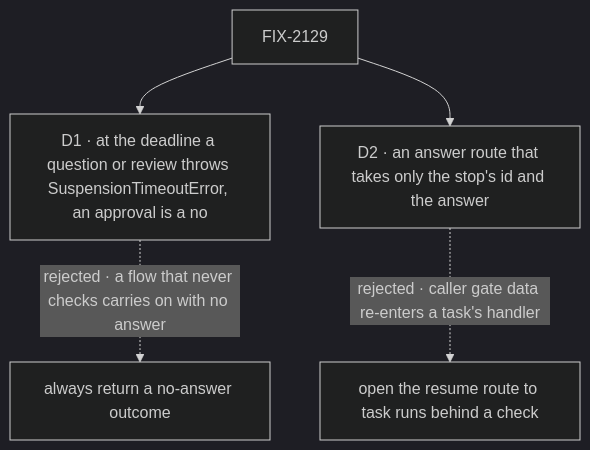
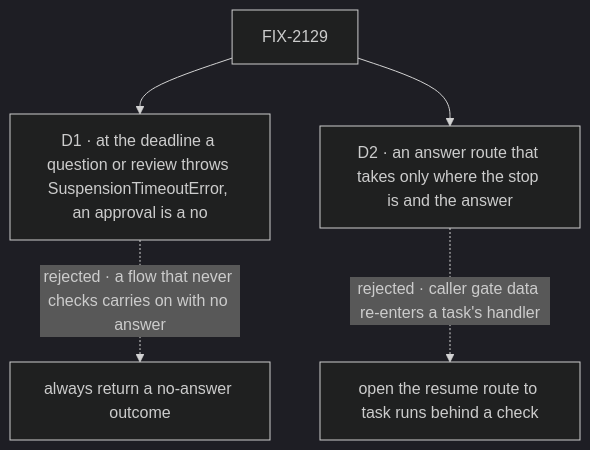
Before and after one commit to fixpoint-labs/flow-state-dev: the diagram in specs/issues/FIX-2129/DECISIONS.md, drawn with Mermaid (dark theme). The commit also changed other lines of this file and 2 other files, not shown here.

First line of the commit message:
spec(FIX-2129): review round 2 — the answer route finds a stop by request and id; a written cancel beats a late answer

````diff
--- a/specs/issues/FIX-2129/DECISIONS.md
+++ b/specs/issues/FIX-2129/DECISIONS.md
@@ -10,7 +10,7 @@
 ```mermaid
 flowchart TD
   I["FIX-2129"] --> D1["D1 · at the deadline a question or review throws SuspensionTimeoutError, an approval is a no"]
   D1 -.->|"rejected · a flow that never checks carries on with no answer"| X1["always return a no-answer outcome"]
-  I --> D2["D2 · an answer route that takes only the stop's id and the answer"]
+  I --> D2["D2 · an answer route that takes only where the stop is and the answer"]
   D2 -.->|"rejected · caller gate data re-enters a task's handler"| X2["open the resume route to task runs behind a check"]
 ```
````
